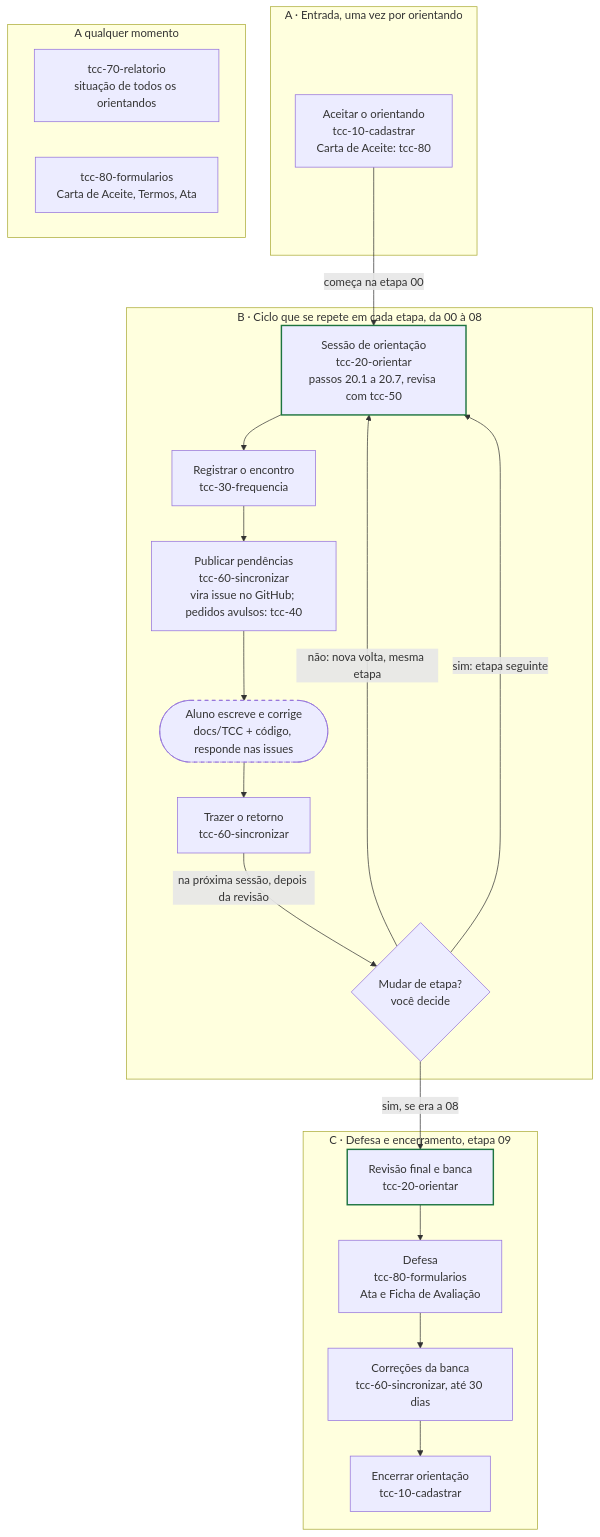
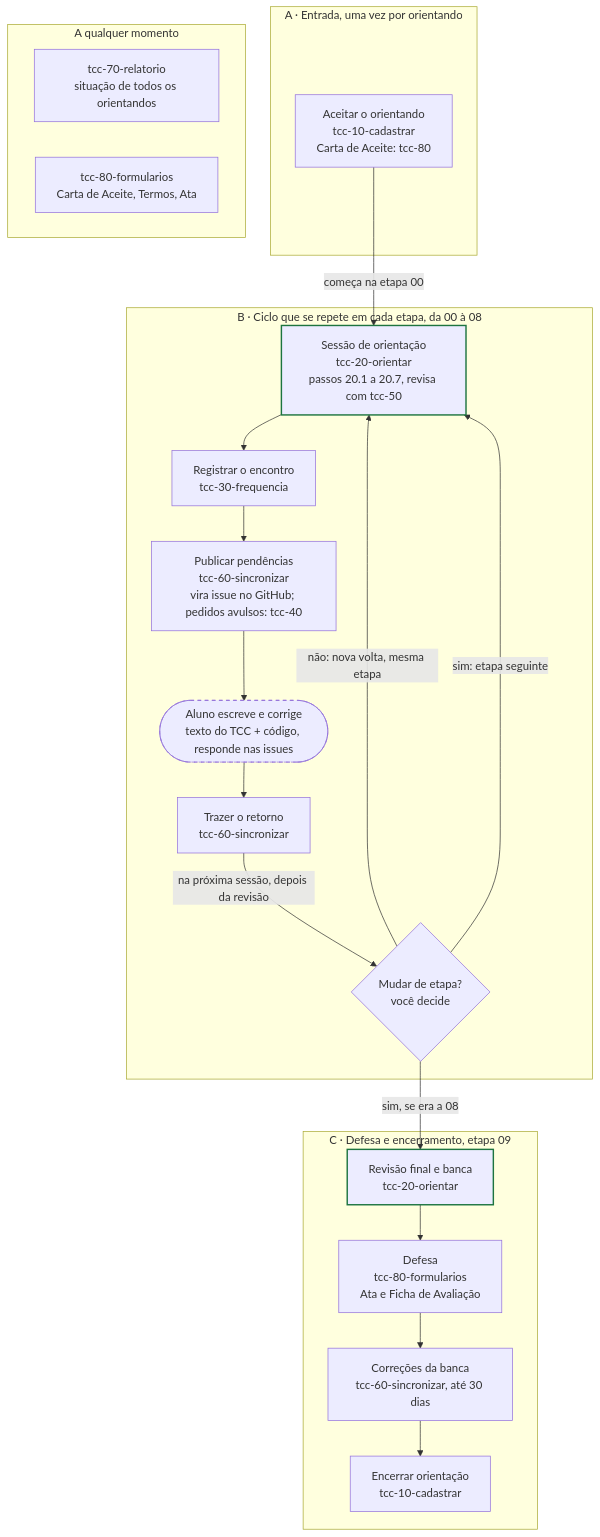
One commit to ifba-saj-ads-tcc/orientador-claudio changed the second of 3 diagrams in docs/fluxo-de-uso.md. Above: the diagram before and after it, drawn with Mermaid. The commit also changed other lines of this file and 14 other files, not shown here.

First line of the commit message:
Pasta do TCC: docs/ com código do projeto, raiz se o repositório for só do TCC

````diff
--- a/docs/fluxo-de-uso.md
+++ b/docs/fluxo-de-uso.md
@@ -42,40 +42,40 @@
 ```mermaid
 flowchart TD
   subgraph A["A · Entrada, uma vez por orientando"]
     A1["Aceitar o orientando<br/>tcc-10-cadastrar<br/>Carta de Aceite: tcc-80"]
   end
 
   subgraph B["B · Ciclo que se repete em cada etapa, da 00 à 08"]
     B1["Sessão de orientação<br/>tcc-20-orientar<br/>passos 20.1 a 20.7, revisa com tcc-50"]
     B2["Registrar o encontro<br/>tcc-30-frequencia"]
     B3["Publicar pendências<br/>tcc-60-sincronizar<br/>vira issue no GitHub; pedidos avulsos: tcc-40"]
-    B4(["Aluno escreve e corrige<br/>docs/TCC + código, responde nas issues"])
+    B4(["Aluno escreve e corrige<br/>texto do TCC + código, responde nas issues"])
     B5["Trazer o retorno<br/>tcc-60-sincronizar"]
     D{"Mudar de etapa?<br/>você decide"}
   end
 
   subgraph C["C · Defesa e encerramento, etapa 09"]
     C1["Revisão final e banca<br/>tcc-20-orientar"]
     C2["Defesa<br/>tcc-80-formularios<br/>Ata e Ficha de Avaliação"]
     C3["Correções da banca<br/>tcc-60-sincronizar, até 30 dias"]
     C4["Encerrar orientação<br/>tcc-10-cadastrar"]
   end
 
   subgraph Q["A qualquer momento"]
     Q1["tcc-70-relatorio<br/>situação de todos os orientandos"]
     Q2["tcc-80-formularios<br/>Carta de Aceite, Termos, Ata"]
   end
 
   A1 -->|começa na etapa 00| B1
   B1 --> B2 --> B3 --> B4 --> B5
   B5 -->|na próxima sessão, depois da revisão| D
   D -->|não: nova volta, mesma etapa| B1
   D -->|sim: etapa seguinte| B1
   D -->|sim, se era a 08| C1
   C1 --> C2 --> C3 --> C4
 
   classDef t20 stroke:#1d7440,stroke-width:2px
   classDef aluno stroke-dasharray:5 5
   class B1,C1 t20
   class B4 aluno
 ```
````
